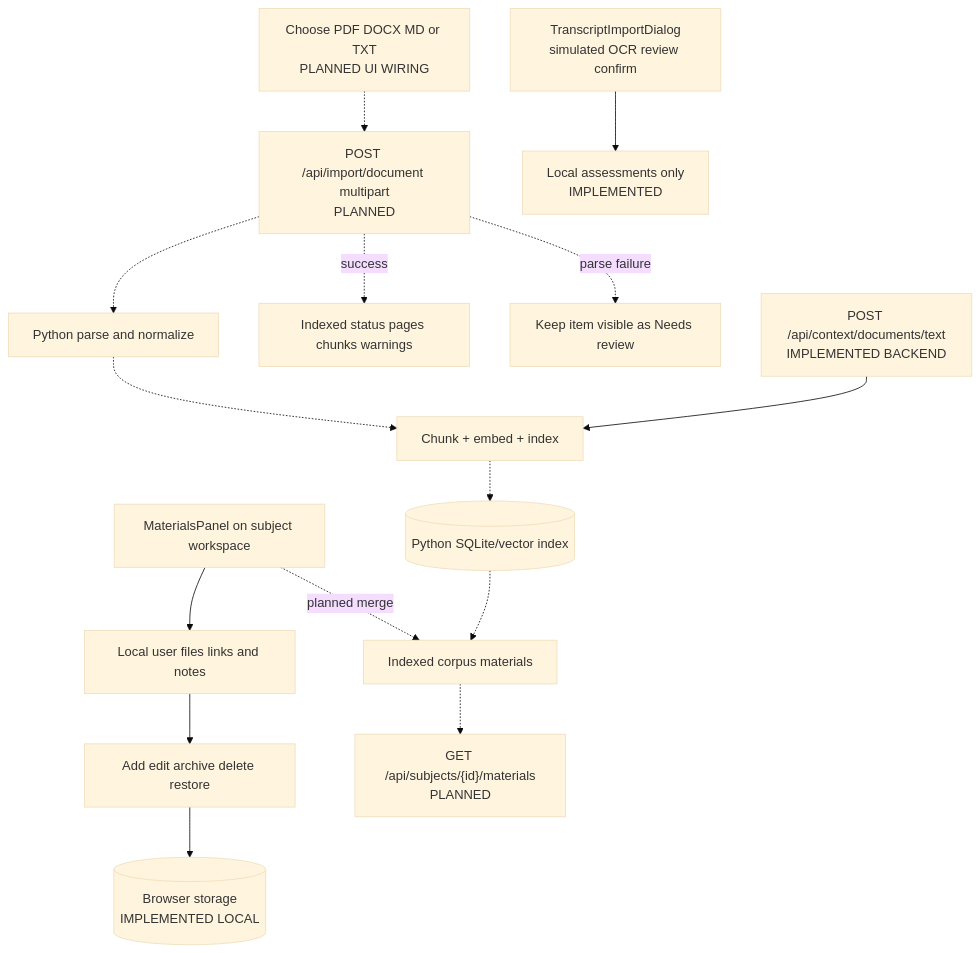
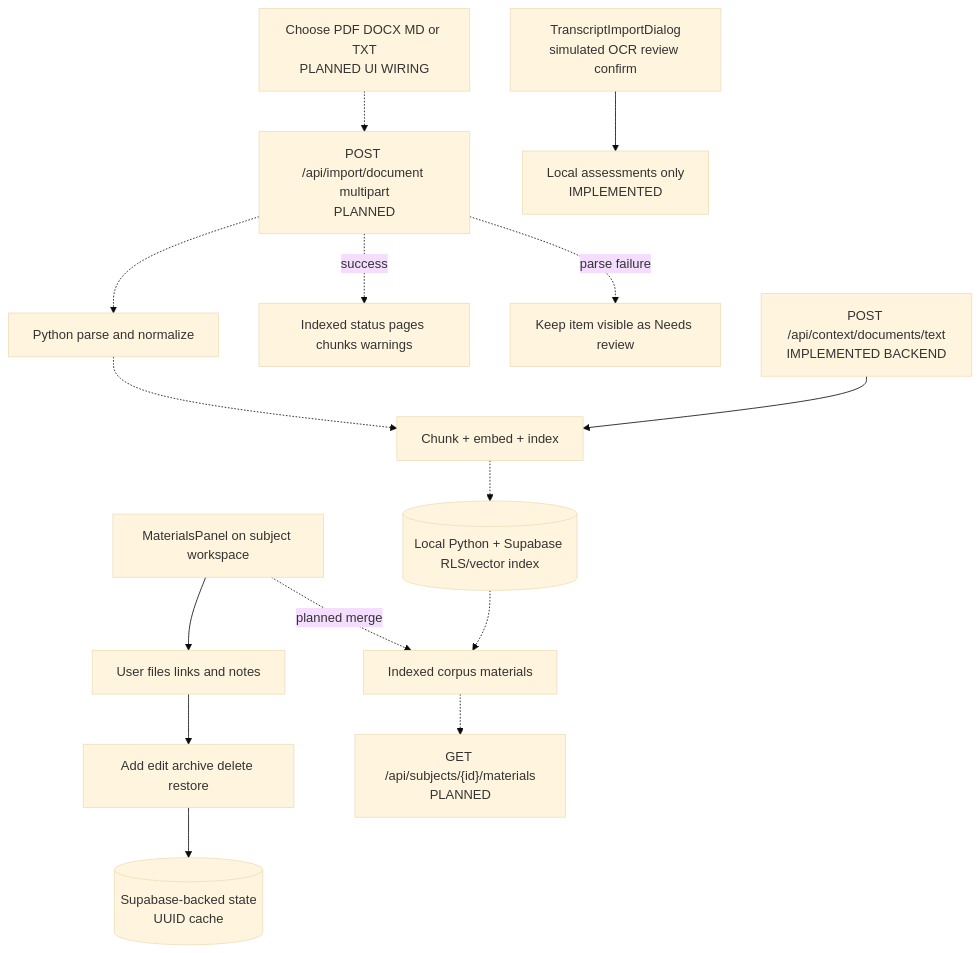
One commit to keyshavmor/study-swiss-star changed diagram 11 of 15 in lovabledocs/FULL_APP_WIREFRAMES.md. Above: the diagram before and after it, drawn with Mermaid (base theme). The commit also changed other lines of this file and 118 other files, not shown here.

````diff
--- a/lovabledocs/FULL_APP_WIREFRAMES.md
+++ b/lovabledocs/FULL_APP_WIREFRAMES.md
@@ -340,17 +338,17 @@
 ```mermaid
 flowchart TD
-  Panel[MaterialsPanel on subject workspace] --> LocalList[Local user files links and notes]
+  Panel[MaterialsPanel on subject workspace] --> LocalList[User files links and notes]
   LocalList --> CRUD[Add edit archive delete restore]
-  CRUD --> Local[(Browser storage\nIMPLEMENTED LOCAL)]
+  CRUD --> Local[(Supabase-backed state\nUUID cache)]
   Panel -. planned merge .-> BackendList[Indexed corpus materials]
   BackendList -.-> GET["GET /api/subjects/{id}/materials\nPLANNED"]
   Upload[Choose PDF DOCX MD or TXT\nPLANNED UI WIRING] -.-> Import[POST /api/import/document multipart\nPLANNED]
   Import -.-> Parse[Python parse and normalize]
   Parse -.-> Chunk[Chunk + embed + index]
-  Chunk -.-> Store[(Python SQLite/vector index)]
+  Chunk -.-> Store[(Local Python + Supabase RLS/vector index)]
   Store -.-> BackendList
   Import -. success .-> Status[Indexed status pages chunks warnings]
   Import -. parse failure .-> Review[Keep item visible as Needs review]
   Text[POST /api/context/documents/text\nIMPLEMENTED BACKEND] --> Chunk
   Transcript[TranscriptImportDialog\nsimulated OCR review confirm] --> Assessments[Local assessments only\nIMPLEMENTED]
 ```
````
